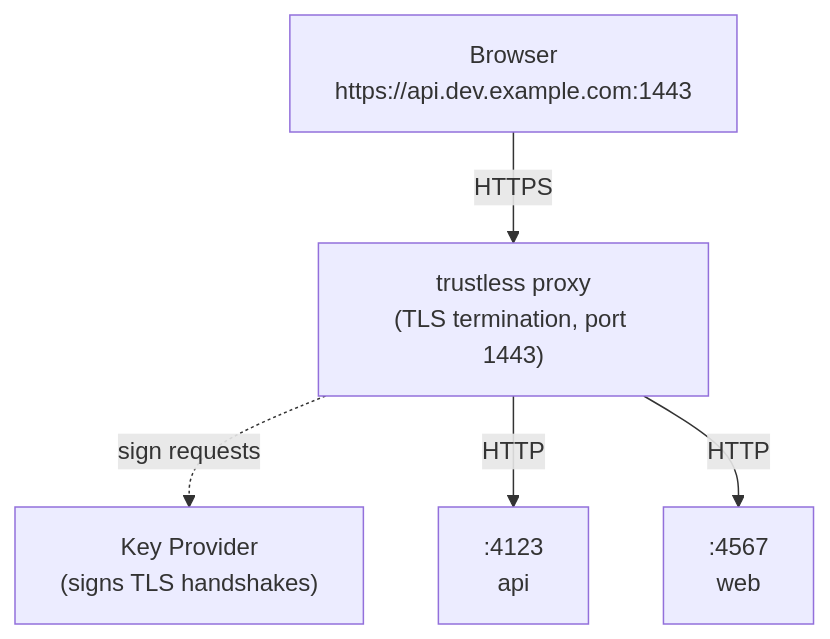
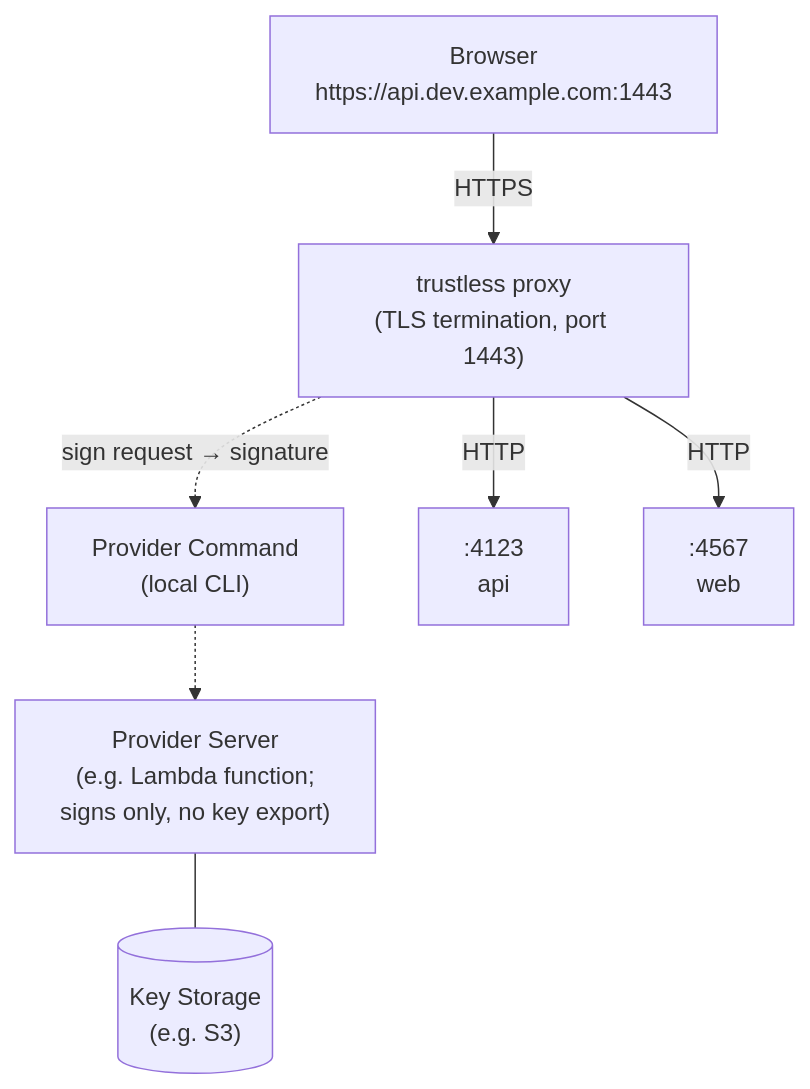
One commit to sorah/trustless changed the diagram in README.md. Above: the diagram before and after it, drawn with Mermaid.

````diff
--- a/README.md
+++ b/README.md
@@ -29,13 +29,17 @@
 ```mermaid
 flowchart TD
-    Browser["Browser\nhttps://api.dev.example.com:1443"]
-    Proxy["trustless proxy\n(TLS termination, port 1443)"]
-    Provider["Key Provider\n(signs TLS handshakes)"]
-    App1[":4123\napi"]
-    App2[":4567\nweb"]
+    Browser["Browser<br>https://api.dev.example.com:1443"]
+    Proxy["trustless proxy<br>(TLS termination, port 1443)"]
+    ProviderCmd["Provider Command<br>(local CLI)"]
+    ProviderServer["Provider Server<br>(e.g. Lambda function;<br>signs only, no key export)"]
+    Storage[("Key Storage<br>(e.g. S3)")]
+    App1[":4123<br>api"]
+    App2[":4567<br>web"]
 
     Browser -->|HTTPS| Proxy
-    Proxy -.->|sign requests| Provider
+    Proxy -.->|"sign request → signature"| ProviderCmd
+    ProviderCmd -.-> ProviderServer
+    ProviderServer --- Storage
     Proxy -->|HTTP| App1
     Proxy -->|HTTP| App2
 ```
````
